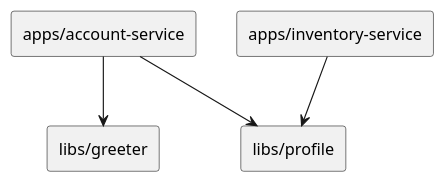
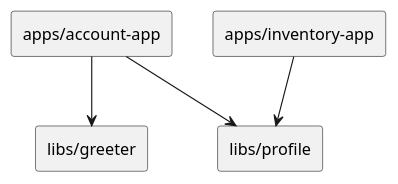
The diagram in docs/deps.pu (orangain/monodiff-example-multi-project), drawn with PlantUML before and after one commit. The commit also changed 10 other files, not shown here.

Commit message:
Rename service to app

```diff
--- a/docs/deps.pu
+++ b/docs/deps.pu
@@ -1,12 +1,12 @@
 @startuml
 
-rectangle "apps/account-service" as A
-rectangle "apps/inventory-service" as B
+rectangle "apps/account-app" as A
+rectangle "apps/inventory-app" as B
 rectangle "libs/greeter" as C
 rectangle "libs/profile" as D
 
 A --> C
 A --> D
 B --> D
 
 @enduml
```
